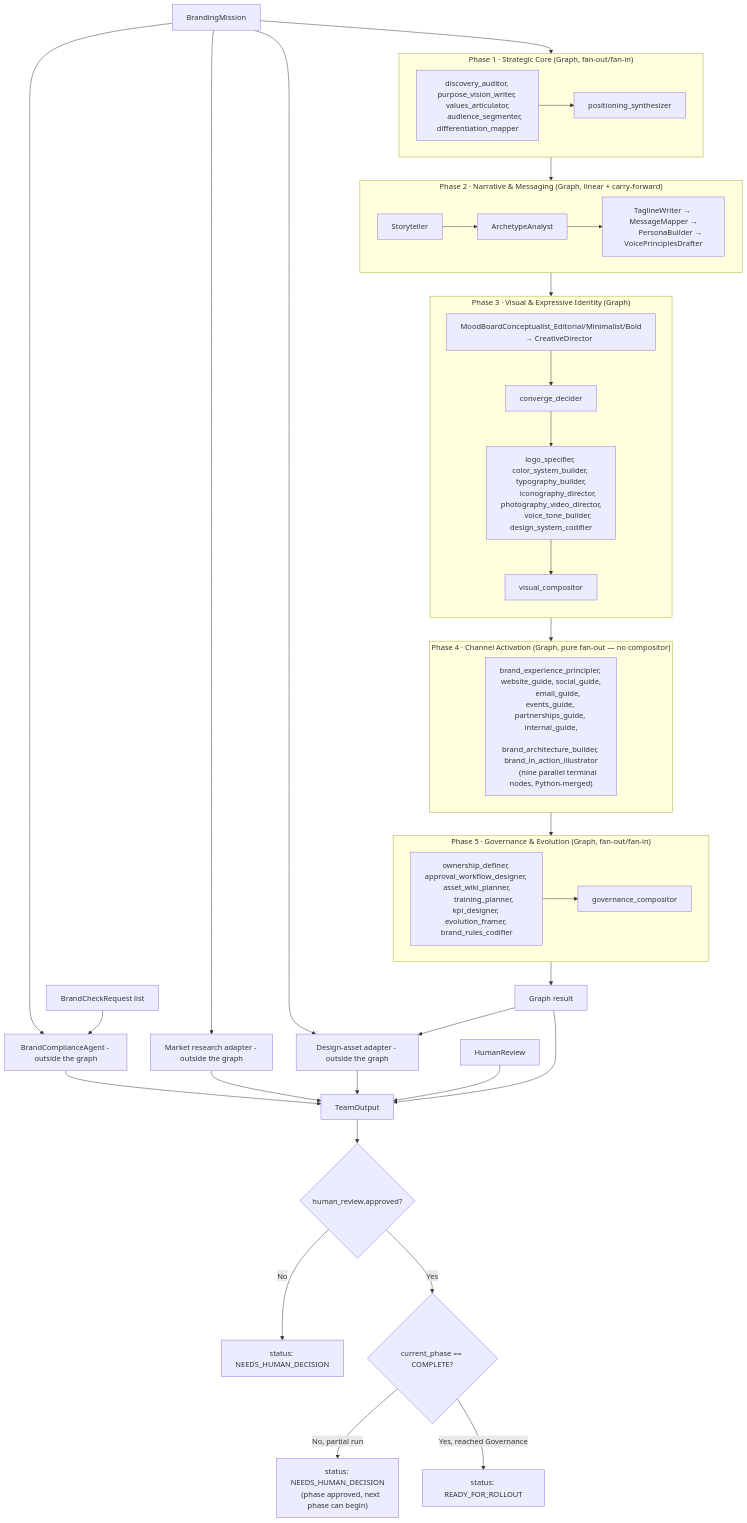
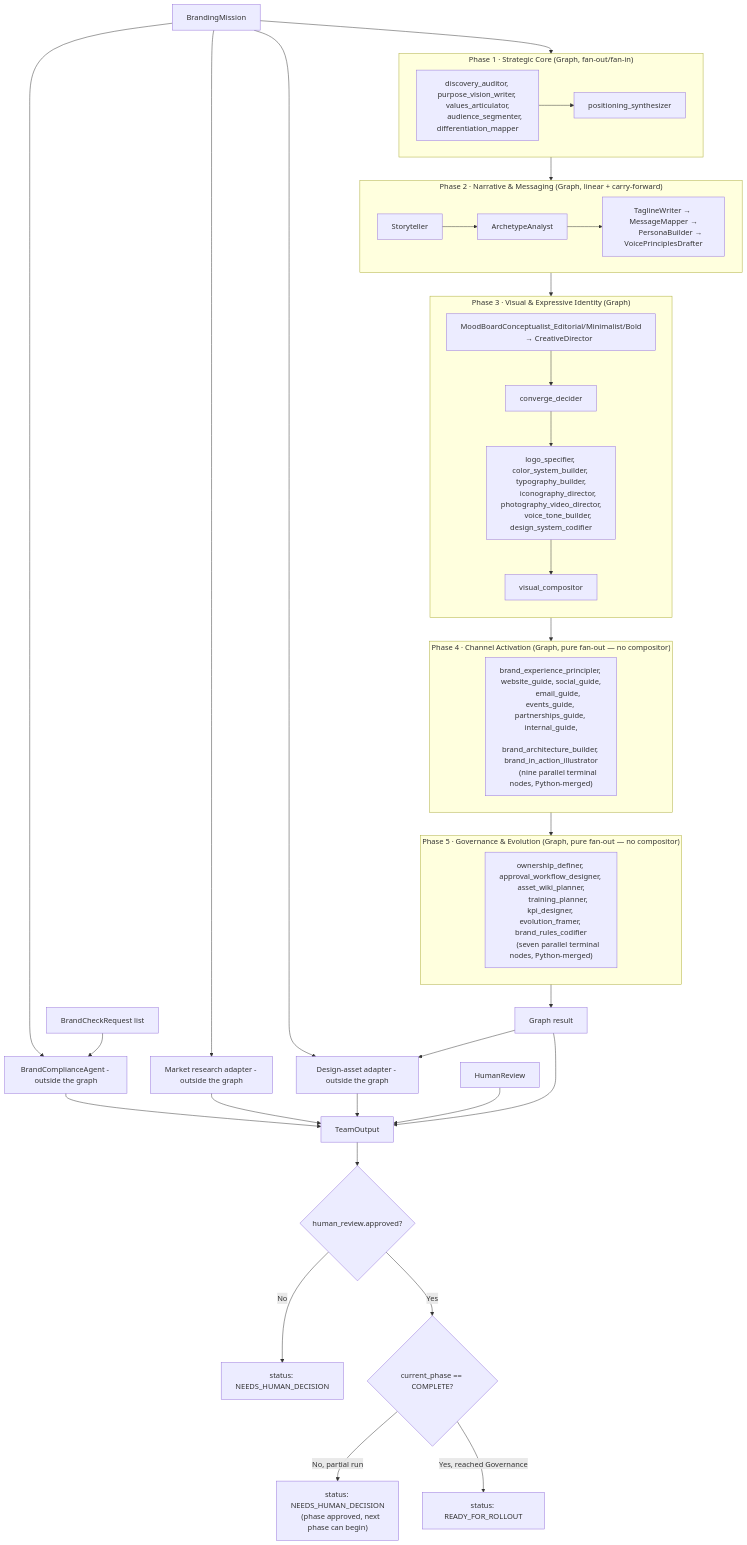
One commit to brandonkindred/Khala-Agentic-AI-Teams changed the first of 3 diagrams in backend/agents/branding_team/README.md. Above: the diagram before and after it, drawn with Mermaid. The commit also changed other lines of this file and 5 other files, not shown here.

First line of the commit message:
Remove governance_compositor and rewire Phase-5 fan-out to Python merge

````diff
--- a/backend/agents/branding_team/README.md
+++ b/backend/agents/branding_team/README.md
@@ -41,70 +41,71 @@
 ```mermaid
 flowchart TB
     Mission[BrandingMission] --> P1
 
     subgraph P1 ["Phase 1 · Strategic Core (Graph, fan-out/fan-in)"]
         direction LR
         P1nodes["discovery_auditor, purpose_vision_writer, values_articulator,
         audience_segmenter, differentiation_mapper"] --> P1join[positioning_synthesizer]
     end
 
     P1 --> P2
 
     subgraph P2 ["Phase 2 · Narrative & Messaging (Graph, linear + carry-forward)"]
         direction LR
         P2a[Storyteller] --> P2b[ArchetypeAnalyst]
         P2b --> P2rest["TaglineWriter → MessageMapper →
         PersonaBuilder → VoicePrinciplesDrafter"]
     end
 
     P2 --> P3
 
     subgraph P3 ["Phase 3 · Visual & Expressive Identity (Graph)"]
         direction TB
         P3diverge["MoodBoardConceptualist_Editorial/Minimalist/Bold
         → CreativeDirector"] --> P3conv[converge_decider]
         P3conv --> P3fan["logo_specifier, color_system_builder, typography_builder,
         iconography_director, photography_video_director,
         voice_tone_builder, design_system_codifier"]
         P3fan --> P3comp[visual_compositor]
     end
 
     P3 --> P4
 
     subgraph P4 ["Phase 4 · Channel Activation (Graph, pure fan-out — no compositor)"]
         direction LR
         P4nodes["brand_experience_principler, website_guide, social_guide,
         email_guide, events_guide, partnerships_guide, internal_guide,
         brand_architecture_builder, brand_in_action_illustrator
         (nine parallel terminal nodes, Python-merged)"]
     end
 
     P4 --> P5
 
-    subgraph P5 ["Phase 5 · Governance & Evolution (Graph, fan-out/fan-in)"]
+    subgraph P5 ["Phase 5 · Governance & Evolution (Graph, pure fan-out — no compositor)"]
         direction LR
         P5nodes["ownership_definer, approval_workflow_designer, asset_wiki_planner,
-        training_planner, kpi_designer, evolution_framer, brand_rules_codifier"] --> P5join[governance_compositor]
+        training_planner, kpi_designer, evolution_framer, brand_rules_codifier
+        (seven parallel terminal nodes, Python-merged)"]
     end
 
     P5 --> GraphResult[Graph result]
 
     Mission --> Compliance[BrandComplianceAgent - outside the graph]
     BrandChecks[BrandCheckRequest list] --> Compliance
     Mission --> MarketResearch[Market research adapter - outside the graph]
     Mission --> DesignAssets[Design-asset adapter - outside the graph]
     GraphResult --> DesignAssets
 
     GraphResult --> TeamOutput[TeamOutput]
     Compliance --> TeamOutput
     MarketResearch --> TeamOutput
     DesignAssets --> TeamOutput
     HumanReview[HumanReview] --> TeamOutput
 
     TeamOutput --> Approved{human_review.approved?}
     Approved -->|No| NeedsHuman[status: NEEDS_HUMAN_DECISION]
     Approved -->|Yes| Complete{current_phase == COMPLETE?}
     Complete -->|No, partial run| PhaseApproved["status: NEEDS_HUMAN_DECISION
     (phase approved, next phase can begin)"]
     Complete -->|Yes, reached Governance| Ready[status: READY_FOR_ROLLOUT]
 ```
````
